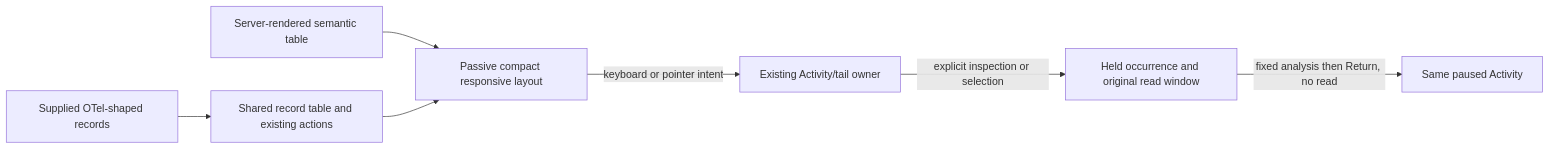
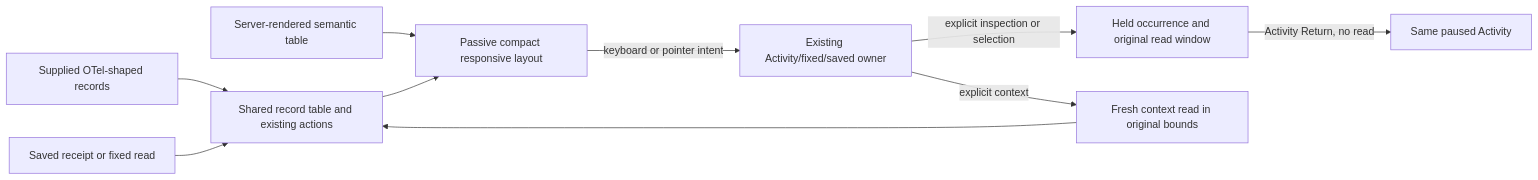
One commit to casselc/goo changed the diagram in docs/COMPACT_MOBILE_RECORDS.md. Above: the diagram before and after it, drawn with Mermaid. The commit also changed other lines of this file and 29 other files, not shown here.

Commit message:
Adopt compact record layout across fixed and saved results

````diff
--- a/docs/COMPACT_MOBILE_RECORDS.md
+++ b/docs/COMPACT_MOBILE_RECORDS.md
@@ -34,9 +44,12 @@
 ```mermaid
 flowchart LR
   Records[Supplied OTel-shaped records] --> Table[Shared record table and existing actions]
   SSR[Server-rendered semantic table] --> Layout[Passive compact responsive layout]
+  Frozen[Saved receipt or fixed read] --> Table
   Table --> Layout
-  Layout -->|keyboard or pointer intent| Owner[Existing Activity/tail owner]
+  Layout -->|keyboard or pointer intent| Owner[Existing Activity/fixed/saved owner]
   Owner -->|explicit inspection or selection| Held[Held occurrence and original read window]
-  Held -->|fixed analysis then Return, no read| Activity[Same paused Activity]
+  Owner -->|explicit context| Context[Fresh context read in original bounds]
+  Context --> Table
+  Held -->|Activity Return, no read| Activity[Same paused Activity]
 ```
````
